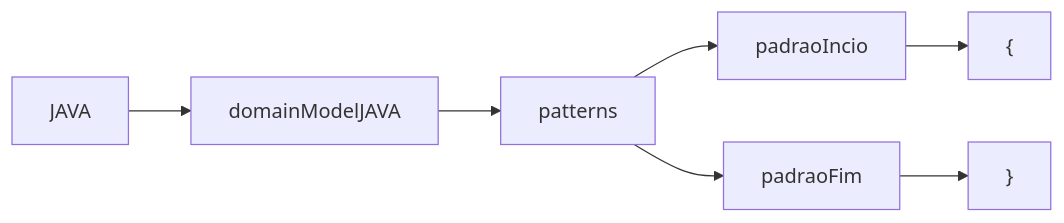
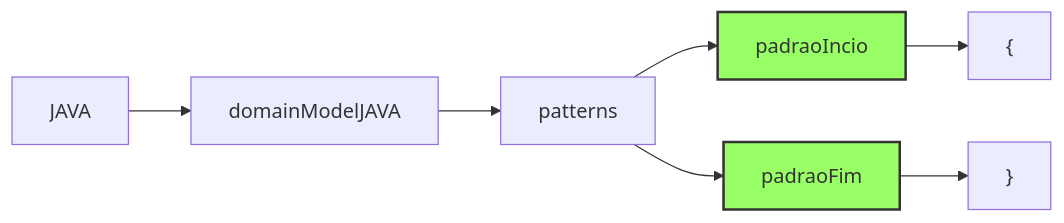
The third of 3 diagrams in mapeando-codigo.md (HamiltonVentura/MapperIdea), drawn with Mermaid before and after one commit.

````diff
--- a/mapeando-codigo.md
+++ b/mapeando-codigo.md
@@ -37,9 +37,11 @@
  ```mermaid
 flowchart LR
      JAVA --> domainModelJAVA;
      domainModelJAVA --> patterns;
      patterns --> padraoIncio;
      patterns --> padraoFim;
      padraoIncio --> B["{"];
      padraoFim --> F["}"];
+style padraoIncio fill:#9f6,stroke:#333,stroke-width:2px;
+style padraoFim fill:#9f6,stroke:#333,stroke-width:2px;
 ```
````
